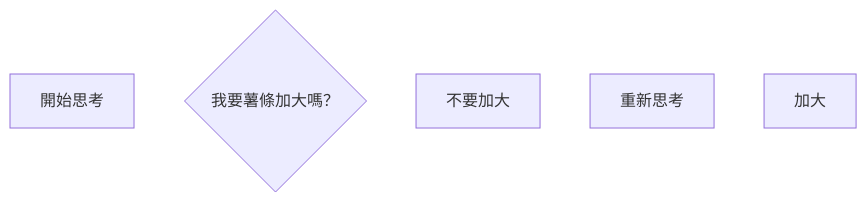
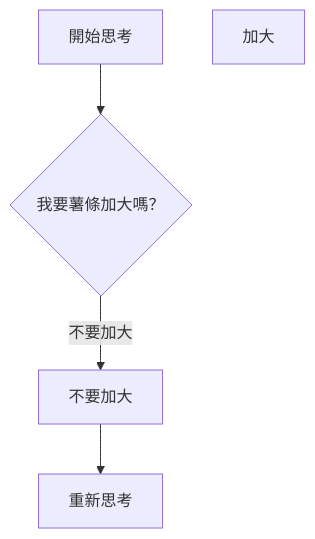
The diagram in 知識/程式語言/Mermaid/語法/流程圖/連結目錄/連結的長度.md (kuku0508/kuku_note_ver_2), drawn with Mermaid before and after one commit. The commit also changed 1 other file, not shown here.

Commit message:
vault backup: 2025-04-25 17:39:19

````diff
--- a/知識/程式語言/Mermaid/語法/流程圖/連結目錄/連結的長度.md
+++ b/知識/程式語言/Mermaid/語法/流程圖/連結目錄/連結的長度.md
@@ -2,8 +2,12 @@
 ```mermaid
 flowchart TD
 A[開始思考]
 B@{shape: diam, label: 我要薯條加大嗎？}
 C[不要加大]
 D[重新思考]
 E[加大]
+A --> B
+B -->|不要加大| C
+C --> D
+
 ```
````
